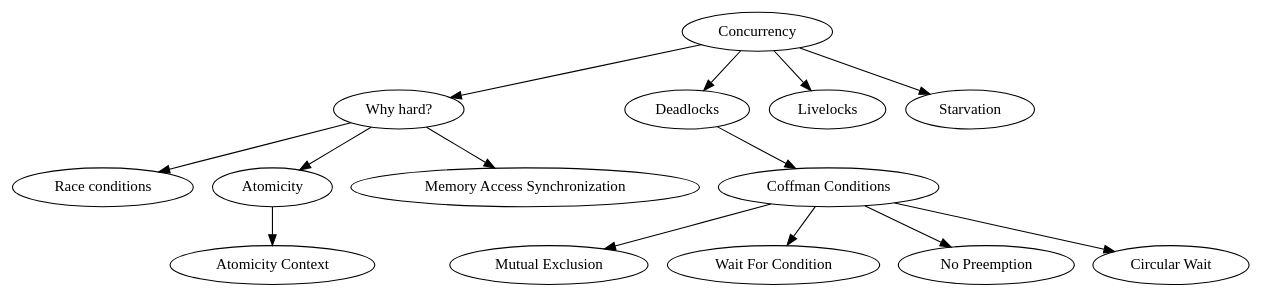
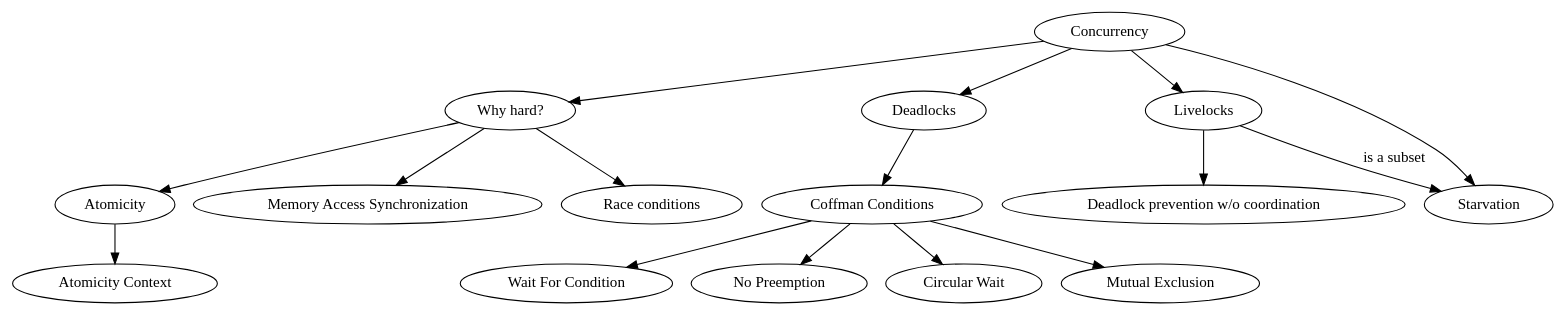
One commit to miku/cignotes changed the diagram in mch1.dot. Above: the diagram before and after it, drawn with Graphviz. The commit also changed 3 other files, not shown here.

```diff
--- a/mch1.dot
+++ b/mch1.dot
@@ -1,34 +1,38 @@
 digraph cig {
     "concurrency" [label="Concurrency"];
     "whyhard" [label="Why hard?"];
     "racecond" [label="Race conditions"];
     "atomicity" [label="Atomicity"];
     "memsync" [label="Memory Access Synchronization"];
     "atomicity-context" [label="Atomicity Context"];
 
     "deadlocks" [label="Deadlocks"];
     "livelocks" [label="Livelocks"];
     "starvation" [label="Starvation"];
 
     "coffman" [label="Coffman Conditions"];
     "mutex" [label="Mutual Exclusion"];
     "waitfor" [label="Wait For Condition"];
     "nopreempt" [label="No Preemption"];
     "circwait" [label="Circular Wait"];
+    "nocoord" [label="Deadlock prevention w/o coordination"];
 
     "concurrency" -> "whyhard";
     "whyhard" -> "racecond";
     "whyhard" -> "atomicity";
     "atomicity" -> "atomicity-context";
     "whyhard" -> "memsync";
 
     "concurrency" -> "deadlocks";
     "concurrency" -> "livelocks";
     "concurrency" -> "starvation";
 
+    "livelocks" -> "nocoord";
+    "livelocks" -> "starvation" [label="is a subset"];
+
     "deadlocks" -> "coffman";
     "coffman" -> "mutex";
     "coffman" -> "waitfor";
     "coffman" -> "nopreempt";
     "coffman" -> "circwait";
 }
```
